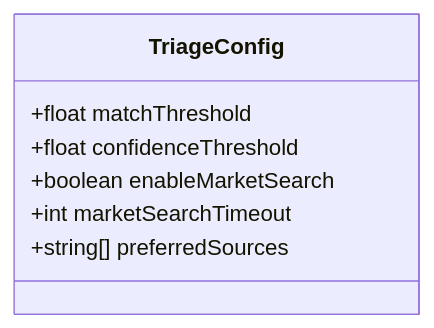
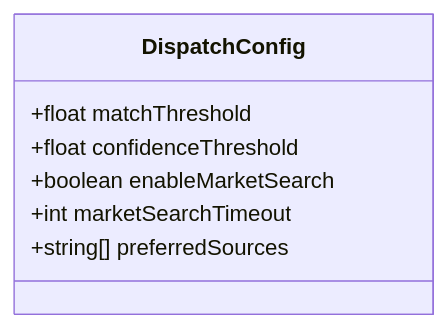
One commit to shetengteng/skillix-mcp changed diagram 21 of 22 in design/02-设计/20260114-09-sx-triage设计.md. Above: the diagram before and after it, drawn with Mermaid. The commit also changed other lines of this file and 32 other files, not shown here.

````diff
--- a/design/02-设计/20260114-09-sx-triage设计.md
+++ b/design/02-设计/20260114-09-sx-triage设计.md
@@ -514,10 +514,10 @@
 ```mermaid
 classDiagram
-    class TriageConfig {
+    class DispatchConfig {
         +float matchThreshold
         +float confidenceThreshold
         +boolean enableMarketSearch
         +int marketSearchTimeout
         +string[] preferredSources
     }
 ```
````
